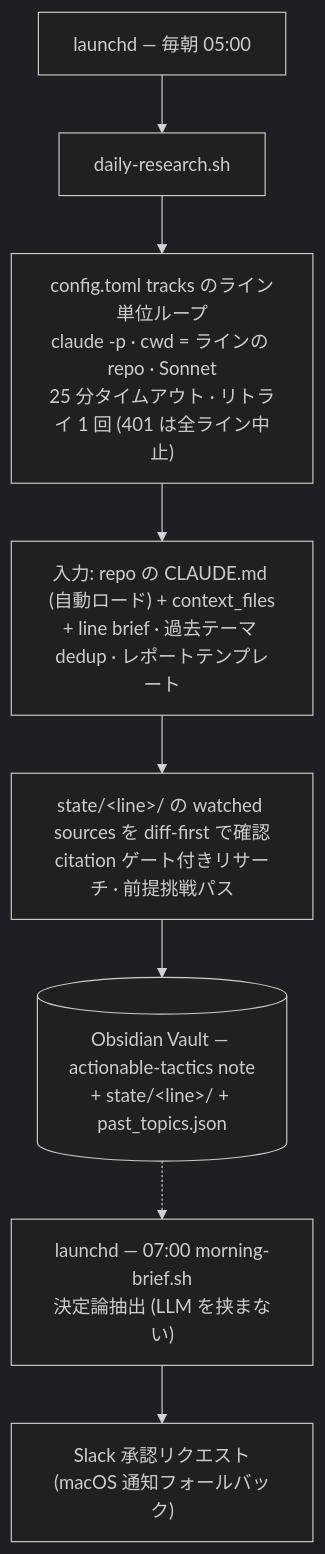
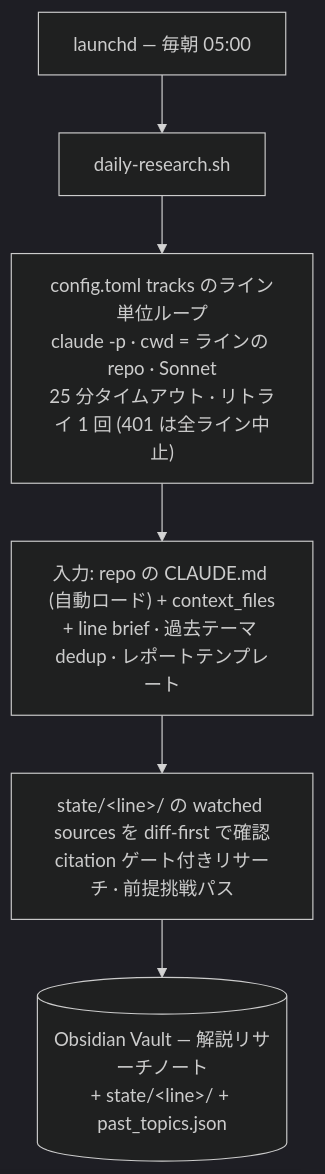
The diagram in README.ja.md (shimo4228/daily-research), drawn with Mermaid (dark theme) before and after one commit. The commit also changed other lines of this file and 20 other files, not shown here.

````diff
--- a/README.ja.md
+++ b/README.ja.md
@@ -15,10 +15,8 @@
 ```mermaid
 flowchart TD
     cron["launchd — 毎朝 05:00"] --> orch["daily-research.sh"]
     orch --> loop["config.toml tracks のライン単位ループ<br/>claude -p · cwd = ラインの repo · Sonnet<br/>25 分タイムアウト · リトライ 1 回 (401 は全ライン中止)"]
     loop --> ctx["入力: repo の CLAUDE.md (自動ロード) + context_files<br/>+ line brief · 過去テーマ dedup · レポートテンプレート"]
     ctx --> run["state/&lt;line&gt;/ の watched sources を diff-first で確認<br/>citation ゲート付きリサーチ · 前提挑戦パス"]
-    run --> out[("Obsidian Vault — actionable-tactics note<br/>+ state/&lt;line&gt;/ + past_topics.json")]
-    out -.-> brief["launchd — 07:00 morning-brief.sh<br/>決定論抽出 (LLM を挟まない)"]
-    brief --> slack["Slack 承認リクエスト<br/>(macOS 通知フォールバック)"]
+    run --> out[("Obsidian Vault — 解説リサーチノート<br/>+ state/&lt;line&gt;/ + past_topics.json")]
 ```
````
